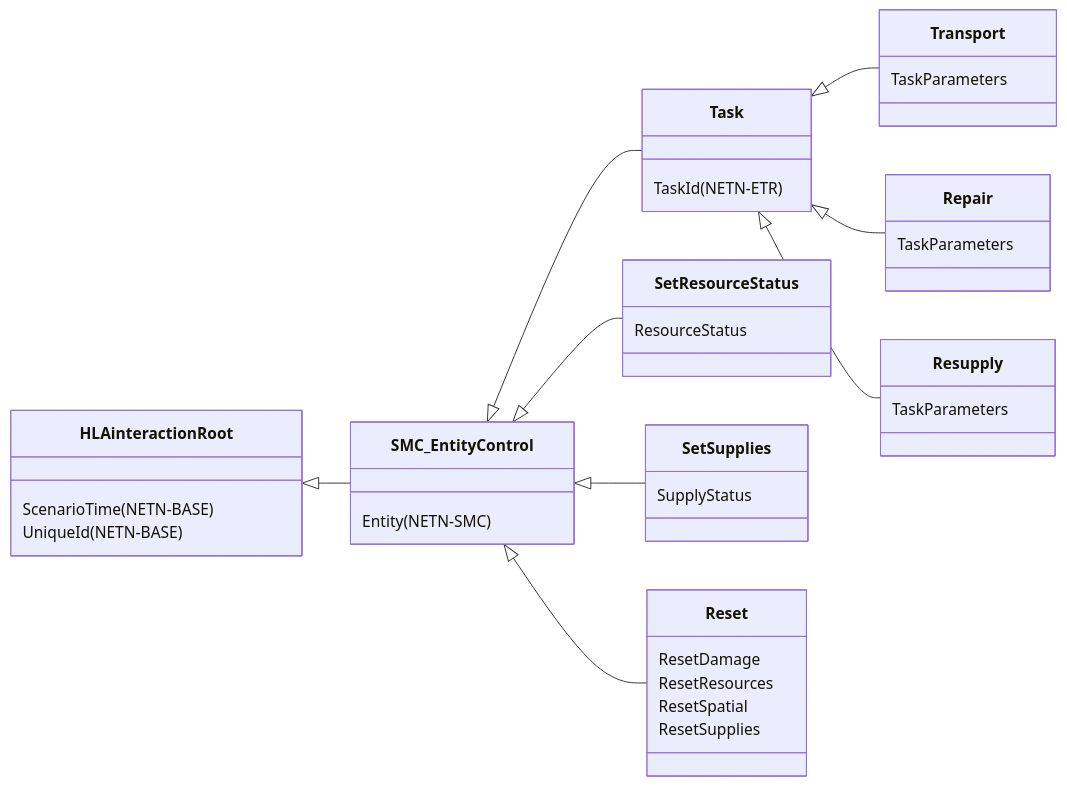
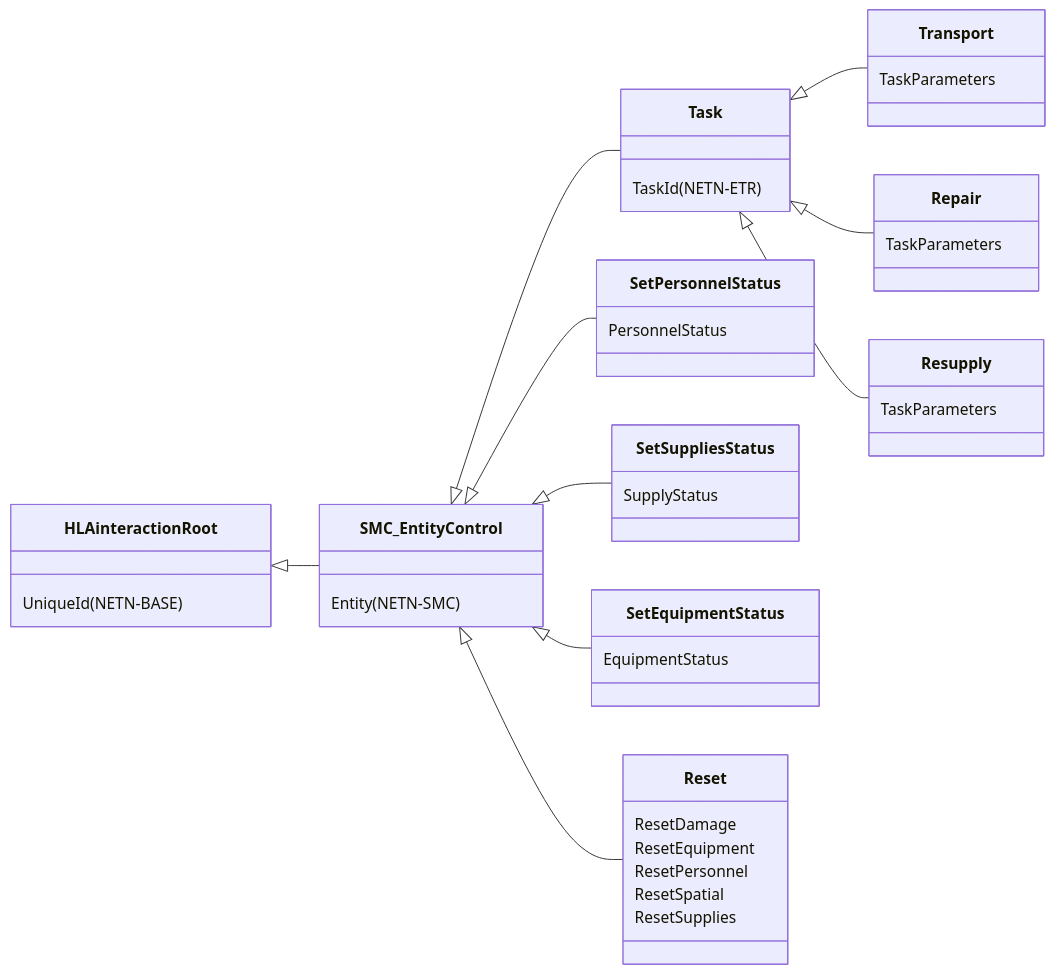
One commit to AMSP-04/NETN-LOG changed the seventh of 7 diagrams in NETN-LOG.md. Above: the diagram before and after it, drawn with Mermaid. The commit also changed other lines of this file and 3 other files, not shown here.

````diff
--- a/NETN-LOG.md
+++ b/NETN-LOG.md
@@ -171,25 +225,27 @@
 ```mermaid
 classDiagram 
 direction LR
 HLAinteractionRoot <|-- SMC_EntityControl
-HLAinteractionRoot : ScenarioTime(NETN-BASE)
 HLAinteractionRoot : UniqueId(NETN-BASE)
 SMC_EntityControl <|-- Task
-SMC_EntityControl <|-- SetResourceStatus
-SMC_EntityControl <|-- SetSupplies
+SMC_EntityControl <|-- SetPersonnelStatus
+SMC_EntityControl <|-- SetSuppliesStatus
+SMC_EntityControl <|-- SetEquipmentStatus
 SMC_EntityControl <|-- Reset
 SMC_EntityControl : Entity(NETN-SMC)
 Task <|-- Transport
 Task <|-- Repair
 Task <|-- Resupply
 Task : TaskId(NETN-ETR)
 Transport : TaskParameters
 Repair : TaskParameters
 Resupply : TaskParameters
-SetResourceStatus : ResourceStatus
-SetSupplies : SupplyStatus
+SetPersonnelStatus : PersonnelStatus
+SetSuppliesStatus : SupplyStatus
+SetEquipmentStatus : EquipmentStatus
 Reset : ResetDamage
-Reset : ResetResources
+Reset : ResetEquipment
+Reset : ResetPersonnel
 Reset : ResetSpatial
 Reset : ResetSupplies
 ```
````
